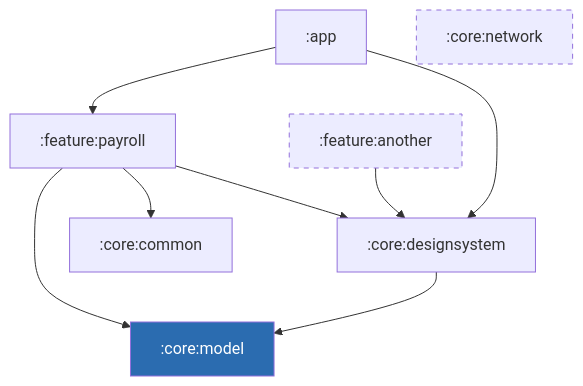
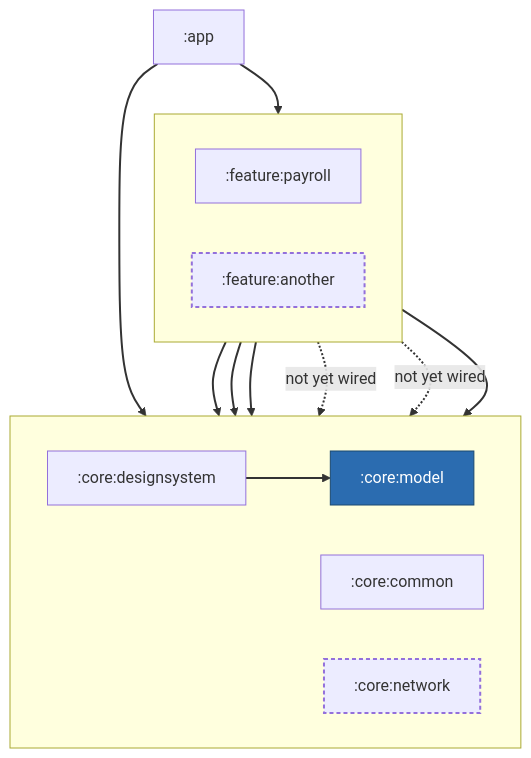
One commit to deepakkanyan/Payroll changed the diagram in README.md. Above: the diagram before and after it, drawn with Mermaid. The commit also changed other lines of this file, not shown here.

Commit message:
Clean up README architecture diagram
Group modules into aligned Features/Core rows, thicken real edges vs.
dashed illustrative ones, and show :feature:another's not-yet-wired
:core:common dependency alongside :core:network.

Claude-Session: https://claude.ai/code/session_01RtQxSofSYoGgXd4Ntprm28

````diff
--- a/README.md
+++ b/README.md
@@ -71,15 +71,37 @@
 ```mermaid
 graph TD
-    App[":app"] --> FeaturePayroll[":feature:payroll"]
-    App --> CoreDesignSystem[":core:designsystem"]
-    FeaturePayroll --> CoreModel[":core:model"]
-    FeaturePayroll --> CoreCommon[":core:common"]
-    FeaturePayroll --> CoreDesignSystem
-    CoreDesignSystem --> CoreModel
-    FeatureAnother[":feature:another"] --> CoreDesignSystem
-    CoreNetwork[":core:network"]
+    App[":app"]
 
-    style CoreModel fill:#2b6cb0,color:#fff
-    style FeatureAnother stroke-dasharray: 5 5
-    style CoreNetwork stroke-dasharray: 5 5
+    subgraph Features [" "]
+        direction LR
+        FeaturePayroll[":feature:payroll"]
+        FeatureAnother[":feature:another"]
+    end
+
+    subgraph Core [" "]
+        direction LR
+        CoreDesignSystem[":core:designsystem"]
+        CoreModel[":core:model"]
+        CoreCommon[":core:common"]
+        CoreNetwork[":core:network"]
+    end
+
+    App ==> FeaturePayroll
+    App ==> CoreDesignSystem
+
+    FeaturePayroll ==> CoreModel
+    FeaturePayroll ==> CoreCommon
+    FeaturePayroll ==> CoreDesignSystem
+    FeaturePayroll -.->|not yet wired| CoreNetwork
+
+    FeatureAnother -.->|not yet wired| CoreCommon
+    FeatureAnother ==> CoreDesignSystem
+
+    CoreDesignSystem ==> CoreModel
+
+    classDef core fill:#2b6cb0,color:#fff,stroke:#1a4971,stroke-width:1px
+    classDef planned stroke-dasharray:4 3,stroke-width:2px
+    class CoreModel core
+    class FeatureAnother,CoreNetwork planned
+    linkStyle default stroke-width:2px
 ```
````
